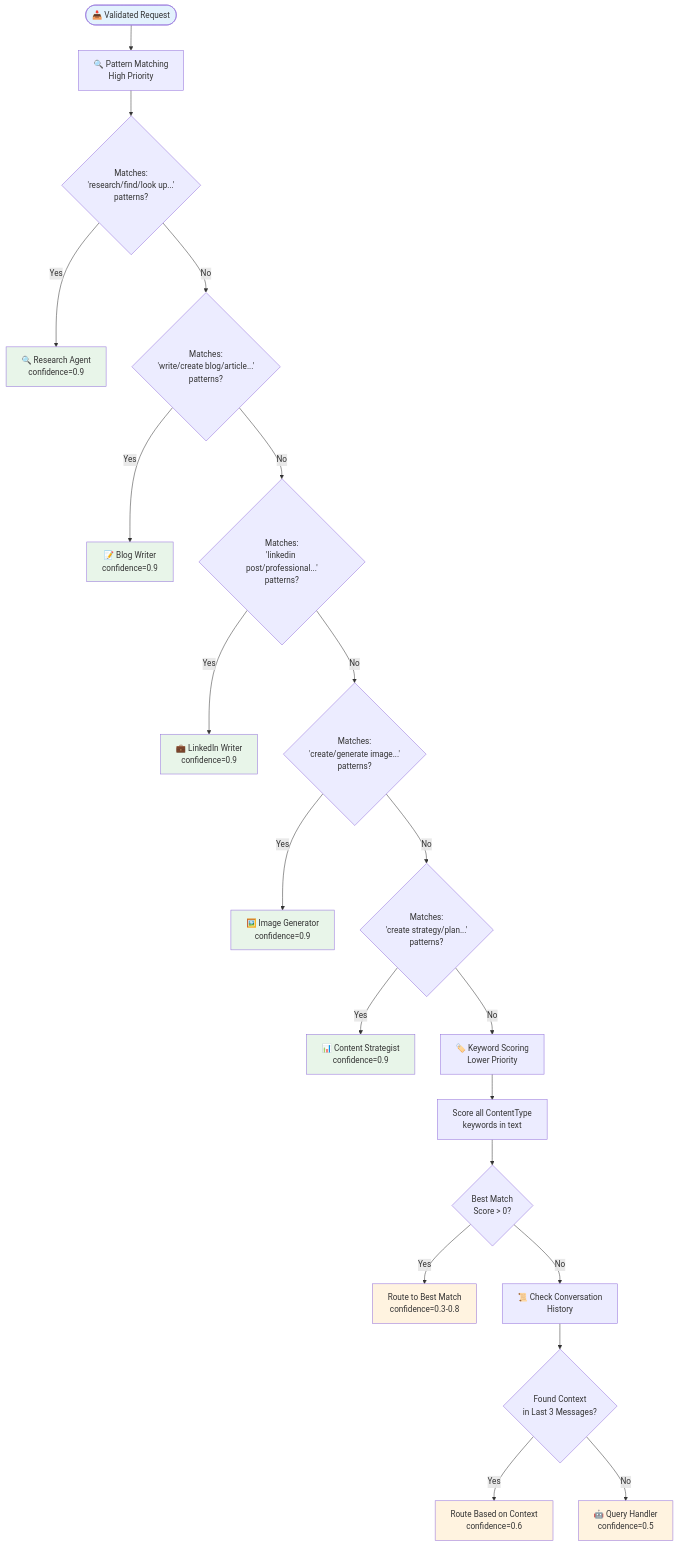
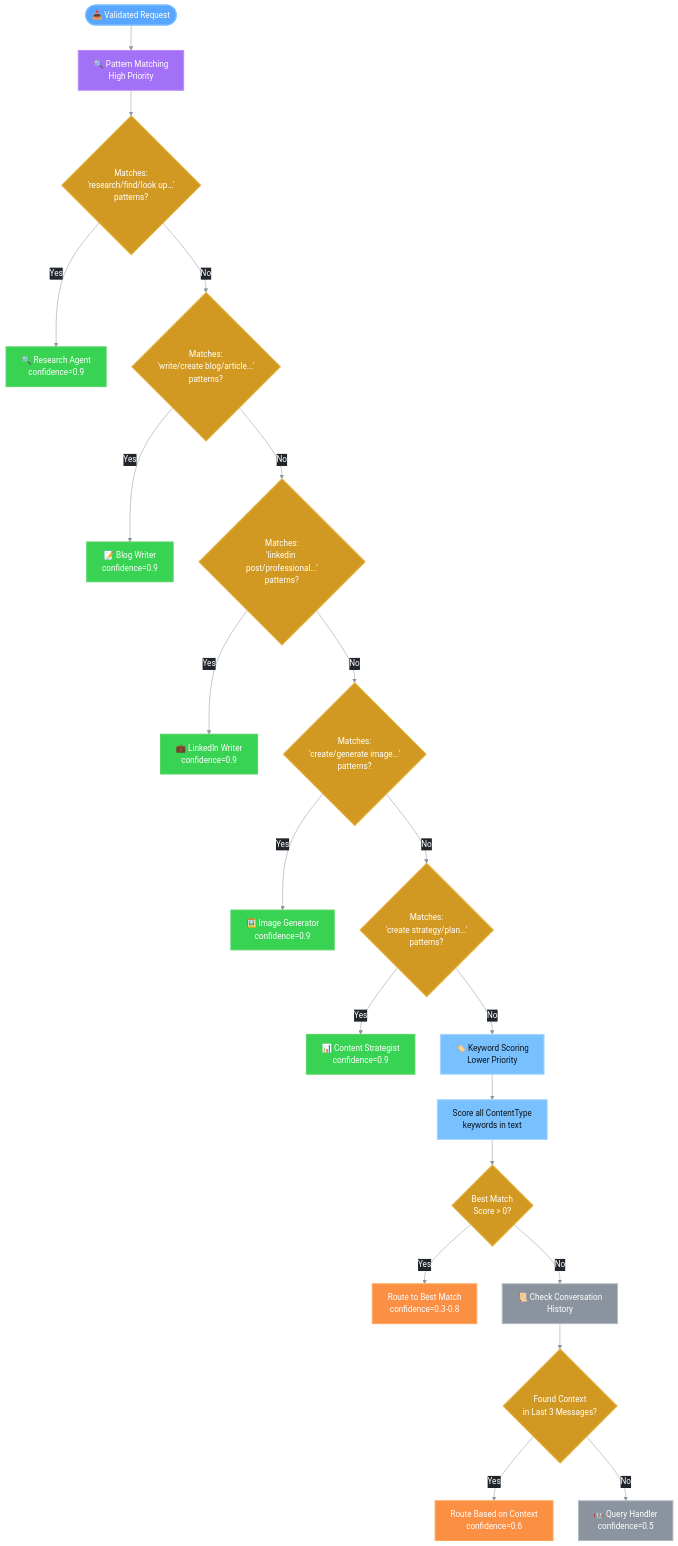
One commit to jayanthanantharaman/reach changed the first of 2 diagrams in docs/architecture/04_content_router.md. Above: the diagram before and after it, drawn with Mermaid. The commit also changed other lines of this file and 10 other files, not shown here.

Commit message:
REACH - Update mermaid diagrams

````diff
--- a/docs/architecture/04_content_router.md
+++ b/docs/architecture/04_content_router.md
@@ -15,43 +15,55 @@
 ```mermaid
+%%{init: {'theme': 'base', 'themeVariables': { 'primaryColor': '#58a6ff', 'primaryTextColor': '#ffffff', 'primaryBorderColor': '#58a6ff', 'lineColor': '#8b949e', 'secondaryColor': '#21262d', 'tertiaryColor': '#161b22', 'background': '#0d1117'}}}%%
 flowchart TD
     REQUEST([📥 Validated Request]) --> PATTERN_MATCH[🔍 Pattern Matching<br/>High Priority]
     
     PATTERN_MATCH --> RESEARCH_PATTERN{Matches:<br/>'research/find/look up...'<br/>patterns?}
     RESEARCH_PATTERN -->|Yes| RESEARCH_AGENT[🔍 Research Agent<br/>confidence=0.9]
     RESEARCH_PATTERN -->|No| BLOG_PATTERN
     
     BLOG_PATTERN{Matches:<br/>'write/create blog/article...'<br/>patterns?}
     BLOG_PATTERN -->|Yes| BLOG_AGENT[📝 Blog Writer<br/>confidence=0.9]
     BLOG_PATTERN -->|No| LINKEDIN_PATTERN
     
     LINKEDIN_PATTERN{Matches:<br/>'linkedin post/professional...'<br/>patterns?}
     LINKEDIN_PATTERN -->|Yes| LINKEDIN_AGENT[💼 LinkedIn Writer<br/>confidence=0.9]
     LINKEDIN_PATTERN -->|No| IMAGE_PATTERN
     
     IMAGE_PATTERN{Matches:<br/>'create/generate image...'<br/>patterns?}
     IMAGE_PATTERN -->|Yes| IMAGE_AGENT[🖼️ Image Generator<br/>confidence=0.9]
     IMAGE_PATTERN -->|No| STRATEGY_PATTERN
     
     STRATEGY_PATTERN{Matches:<br/>'create strategy/plan...'<br/>patterns?}
     STRATEGY_PATTERN -->|Yes| STRATEGY_AGENT[📊 Content Strategist<br/>confidence=0.9]
     STRATEGY_PATTERN -->|No| KEYWORD_SCORING[🏷️ Keyword Scoring<br/>Lower Priority]
     
     KEYWORD_SCORING --> SCORE_KEYWORDS[Score all ContentType<br/>keywords in text]
     SCORE_KEYWORDS --> BEST_MATCH{Best Match<br/>Score > 0?}
     BEST_MATCH -->|Yes| KEYWORD_ROUTE[Route to Best Match<br/>confidence=0.3-0.8]
     BEST_MATCH -->|No| CHECK_HISTORY[📜 Check Conversation<br/>History]
     
     CHECK_HISTORY --> HISTORY_CONTEXT{Found Context<br/>in Last 3 Messages?}
     HISTORY_CONTEXT -->|Yes| HISTORY_ROUTE[Route Based on Context<br/>confidence=0.6]
     HISTORY_CONTEXT -->|No| GENERAL_AGENT[🤖 Query Handler<br/>confidence=0.5]
 
-    style REQUEST fill:#e3f2fd
-    style RESEARCH_AGENT fill:#e8f5e9
-    style BLOG_AGENT fill:#e8f5e9
-    style LINKEDIN_AGENT fill:#e8f5e9
-    style IMAGE_AGENT fill:#e8f5e9
-    style STRATEGY_AGENT fill:#e8f5e9
-    style KEYWORD_ROUTE fill:#fff3e0
-    style HISTORY_ROUTE fill:#fff3e0
-    style GENERAL_AGENT fill:#fff3e0
+    style REQUEST fill:#58a6ff,stroke:#79c0ff,stroke-width:2px,color:#ffffff
+    style PATTERN_MATCH fill:#a371f7,stroke:#bc8cff,stroke-width:2px,color:#ffffff
+    style RESEARCH_PATTERN fill:#d29922,stroke:#e3b341,stroke-width:2px,color:#ffffff
+    style BLOG_PATTERN fill:#d29922,stroke:#e3b341,stroke-width:2px,color:#ffffff
+    style LINKEDIN_PATTERN fill:#d29922,stroke:#e3b341,stroke-width:2px,color:#ffffff
+    style IMAGE_PATTERN fill:#d29922,stroke:#e3b341,stroke-width:2px,color:#ffffff
+    style STRATEGY_PATTERN fill:#d29922,stroke:#e3b341,stroke-width:2px,color:#ffffff
+    style RESEARCH_AGENT fill:#39d353,stroke:#56d364,stroke-width:2px,color:#ffffff
+    style BLOG_AGENT fill:#39d353,stroke:#56d364,stroke-width:2px,color:#ffffff
+    style LINKEDIN_AGENT fill:#39d353,stroke:#56d364,stroke-width:2px,color:#ffffff
+    style IMAGE_AGENT fill:#39d353,stroke:#56d364,stroke-width:2px,color:#ffffff
+    style STRATEGY_AGENT fill:#39d353,stroke:#56d364,stroke-width:2px,color:#ffffff
+    style KEYWORD_SCORING fill:#79c0ff,stroke:#a5d6ff,stroke-width:2px,color:#0d1117
+    style SCORE_KEYWORDS fill:#79c0ff,stroke:#a5d6ff,stroke-width:2px,color:#0d1117
+    style BEST_MATCH fill:#d29922,stroke:#e3b341,stroke-width:2px,color:#ffffff
+    style KEYWORD_ROUTE fill:#fb8f44,stroke:#ffa657,stroke-width:2px,color:#ffffff
+    style CHECK_HISTORY fill:#8b949e,stroke:#b1bac4,stroke-width:2px,color:#ffffff
+    style HISTORY_CONTEXT fill:#d29922,stroke:#e3b341,stroke-width:2px,color:#ffffff
+    style HISTORY_ROUTE fill:#fb8f44,stroke:#ffa657,stroke-width:2px,color:#ffffff
+    style GENERAL_AGENT fill:#8b949e,stroke:#b1bac4,stroke-width:2px,color:#ffffff
 ```
````
